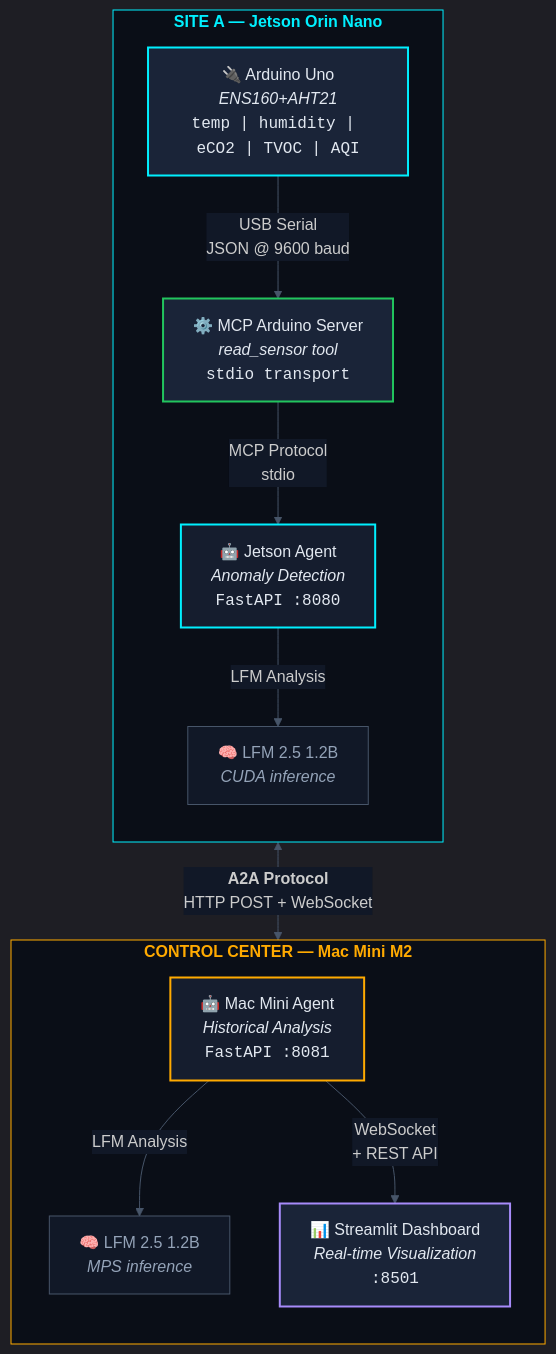
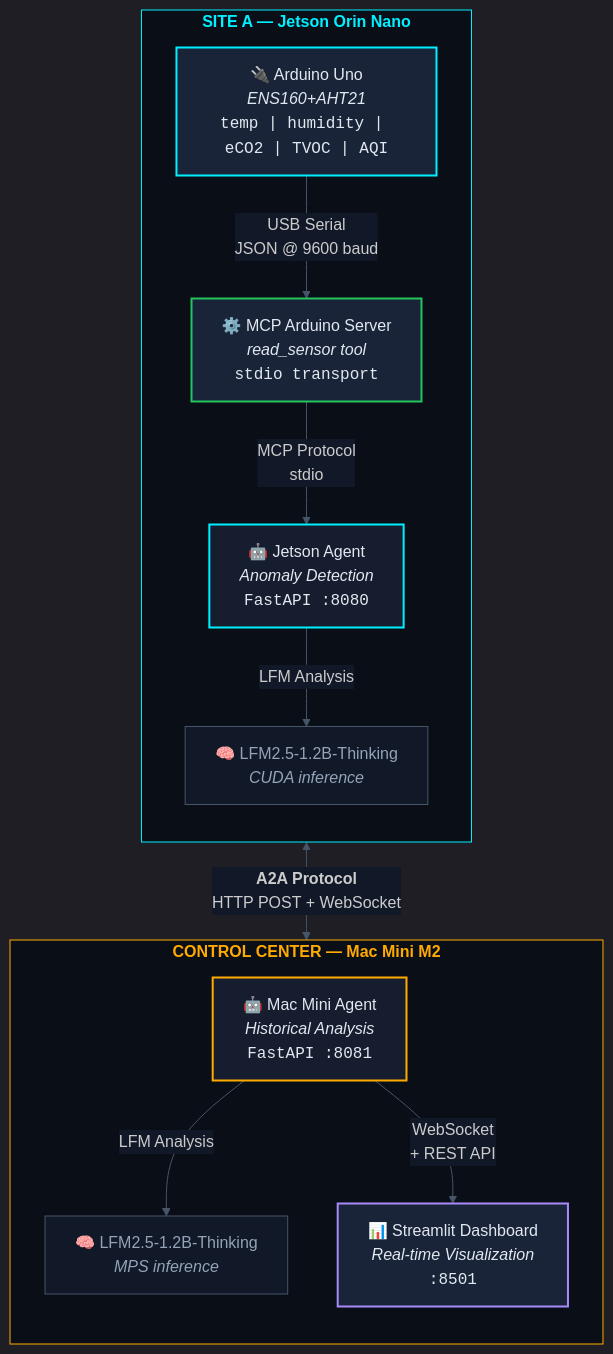
One commit to codecube/AgentEdge changed the diagram in docs/diagrams/architecture.mmd. Above: the diagram before and after it, drawn with Mermaid. The commit also changed 13 other files, not shown here.

First line of the commit message:
Fix LFM model ID to LiquidAI/LFM2.5-1.2B-Thinking across codebase

```diff
--- a/docs/diagrams/architecture.mmd
+++ b/docs/diagrams/architecture.mmd
@@ -1,34 +1,34 @@
 %%{init: {'theme': 'dark', 'themeVariables': {'primaryColor': '#151d2e', 'primaryTextColor': '#e2e8f0', 'primaryBorderColor': '#334155', 'lineColor': '#475569', 'secondaryColor': '#1a2438', 'tertiaryColor': '#0a0e17', 'edgeLabelBackground': '#111827', 'clusterBkg': '#111827', 'clusterBorder': '#1e293b'}}}%%
 
 graph TB
     subgraph SITE_A["<b>SITE A — Jetson Orin Nano</b>"]
         direction TB
         ARDUINO["🔌 Arduino Uno<br/><i>ENS160+AHT21</i><br/><code>temp | humidity | eCO2 | TVOC | AQI</code>"]
         MCP_SERVER["⚙️ MCP Arduino Server<br/><i>read_sensor tool</i><br/><code>stdio transport</code>"]
         JETSON["🤖 Jetson Agent<br/><i>Anomaly Detection</i><br/><code>FastAPI :8080</code>"]
-        LFM_J["🧠 LFM 2.5 1.2B<br/><i>CUDA inference</i>"]
+        LFM_J["🧠 LFM2.5-1.2B-Thinking<br/><i>CUDA inference</i>"]
     end
 
     subgraph CONTROL["<b>CONTROL CENTER — Mac Mini M2</b>"]
         direction TB
         MACMINI["🤖 Mac Mini Agent<br/><i>Historical Analysis</i><br/><code>FastAPI :8081</code>"]
-        LFM_M["🧠 LFM 2.5 1.2B<br/><i>MPS inference</i>"]
+        LFM_M["🧠 LFM2.5-1.2B-Thinking<br/><i>MPS inference</i>"]
         DASHBOARD["📊 Streamlit Dashboard<br/><i>Real-time Visualization</i><br/><code>:8501</code>"]
     end
 
     ARDUINO -->|"USB Serial<br/>JSON @ 9600 baud"| MCP_SERVER
     MCP_SERVER -->|"MCP Protocol<br/>stdio"| JETSON
     JETSON -->|"LFM Analysis"| LFM_J
     JETSON <-->|"<b>A2A Protocol</b><br/>HTTP POST + WebSocket"| MACMINI
     MACMINI -->|"LFM Analysis"| LFM_M
     MACMINI -->|"WebSocket<br/>+ REST API"| DASHBOARD
 
     style ARDUINO fill:#1a2438,stroke:#00f0ff,stroke-width:2px,color:#e2e8f0
     style MCP_SERVER fill:#1a2438,stroke:#22c55e,stroke-width:2px,color:#e2e8f0
     style JETSON fill:#151d2e,stroke:#00f0ff,stroke-width:2px,color:#e2e8f0
     style MACMINI fill:#151d2e,stroke:#ffaa00,stroke-width:2px,color:#e2e8f0
     style DASHBOARD fill:#1a2438,stroke:#a78bfa,stroke-width:2px,color:#e2e8f0
     style LFM_J fill:#111827,stroke:#475569,stroke-width:1px,color:#94a3b8
     style LFM_M fill:#111827,stroke:#475569,stroke-width:1px,color:#94a3b8
     style SITE_A fill:#0a0e17,stroke:#00f0ff,stroke-width:1px,color:#00f0ff
     style CONTROL fill:#0a0e17,stroke:#ffaa00,stroke-width:1px,color:#ffaa00
```
